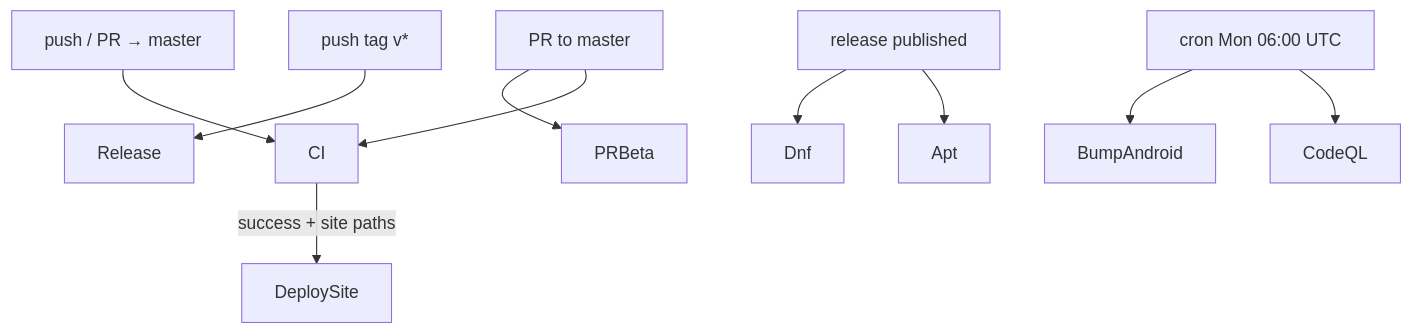
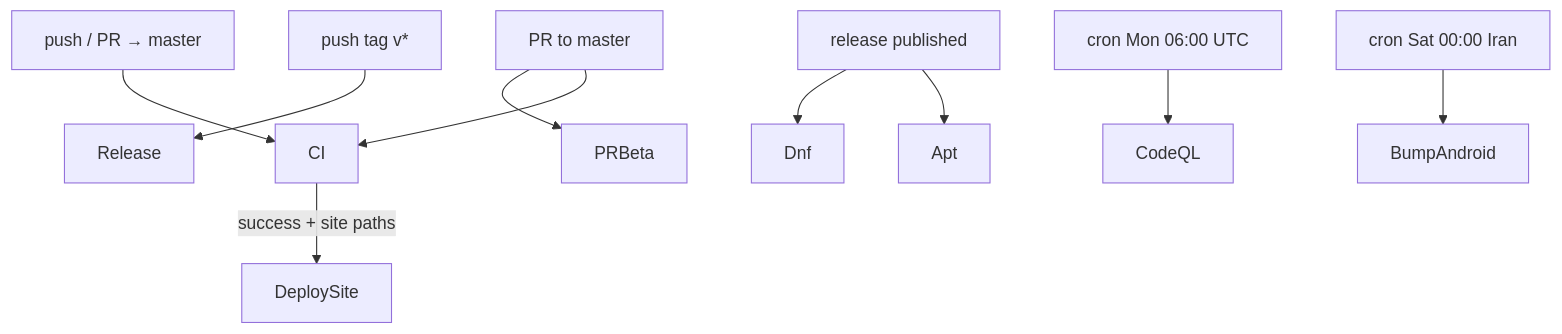
One commit to themadorg/bedrud changed the first of 4 diagrams in docs/developer/ci.md. Above: the diagram before and after it, drawn with Mermaid. The commit also changed other lines of this file and 2 other files, not shown here.

First line of the commit message:
ci: bump the android pin at the start of Saturday, not Monday

````diff
--- a/docs/developer/ci.md
+++ b/docs/developer/ci.md
@@ -9,17 +9,18 @@
 ```mermaid
 flowchart TB
   push["push / PR → master"]
   tag["push tag v*"]
   cronQ["cron Mon 06:00 UTC"]
+  cronS["cron Sat 00:00 Iran"]
   relPub["release published"]
 
   push --> CI
   CI -->|success + site paths| DeploySite
   tag --> Release
   relPub --> Apt
   relPub --> Dnf
   cronQ --> CodeQL
-  cronQ --> BumpAndroid
+  cronS --> BumpAndroid
   PR["PR to master"] --> CI
   PR --> PRBeta
 ```
````
